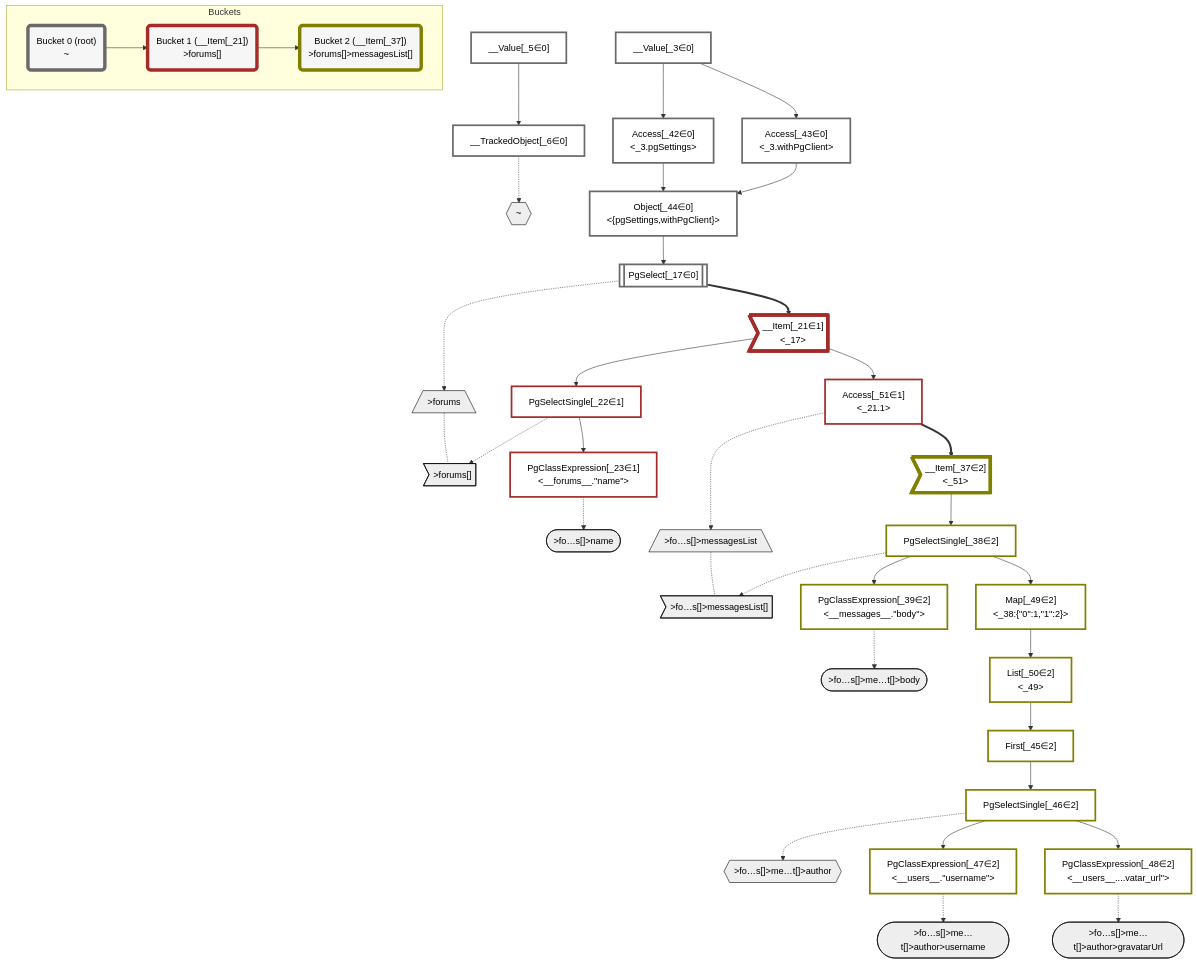
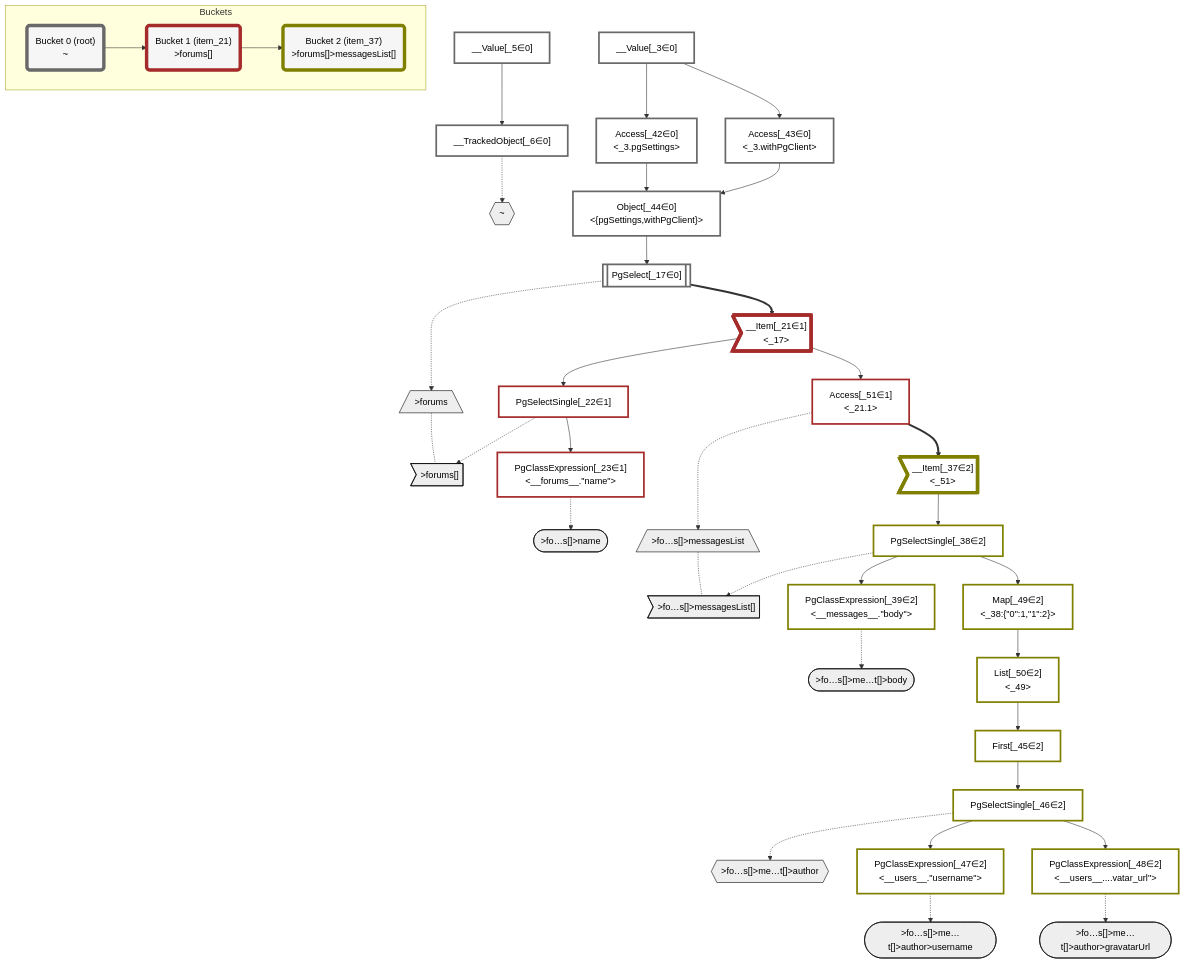
The diagram in packages/dataplan-pg/__tests__/queries/conditions/include-all-archived.mermaid.md (graphile/crystal), drawn with Mermaid before and after one commit. The commit also changed 159 other files, not shown here.

```diff
--- a/packages/dataplan-pg/__tests__/queries/conditions/include-all-archived.mermaid.md
+++ b/packages/dataplan-pg/__tests__/queries/conditions/include-all-archived.mermaid.md
@@ -94,10 +94,10 @@
     subgraph Buckets
     Bucket0("Bucket 0 (root)<br />~"):::bucket
     style Bucket0 stroke:#696969
-    Bucket1("Bucket 1 (__Item[_21])<br />>forums[]"):::bucket
+    Bucket1("Bucket 1 (item_21)<br />>forums[]"):::bucket
     style Bucket1 stroke:#a52a2a
     Bucket0 --> Bucket1
-    Bucket2("Bucket 2 (__Item[_37])<br />>forums[]>messagesList[]"):::bucket
+    Bucket2("Bucket 2 (item_37)<br />>forums[]>messagesList[]"):::bucket
     style Bucket2 stroke:#808000
     Bucket1 --> Bucket2
     end
```
